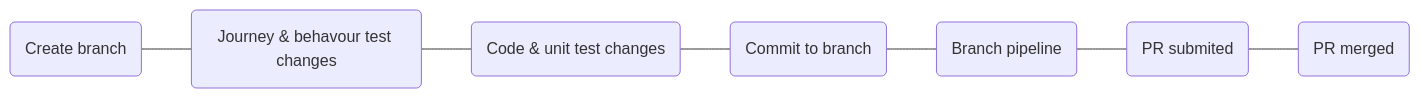
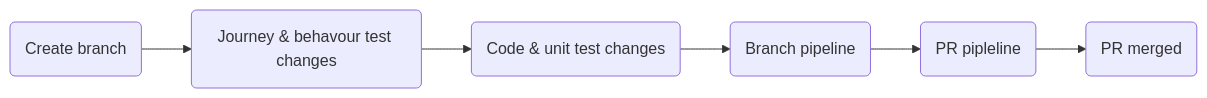
Before and after one commit to ContinuousEngineeringProject/ContinuousEngineeringProject.github.io: the third of 4 diagrams in docs/factory_pipelines.md, drawn with Mermaid. The commit also changed other lines of this file, not shown here.

Commit message:
docs(pipeline): update the diagrams

````diff
--- a/docs/factory_pipelines.md
+++ b/docs/factory_pipelines.md
@@ -35,12 +37,11 @@
 ```mermaid
 flowchart LR
   id1(Create branch)
   id2(Journey & behavour test changes)
   id3(Code & unit test changes)
-  id4(Commit to branch)
-  id5(Branch pipeline)
-  id6(PR submited)
-  id7(PR merged)
+  id4(Branch pipeline)
+  id5(PR pipleline)
+  id6(PR merged)
   
-  id1 --- id2 --- id3 --- id4 --- id5 --- id6 --- id7
+  id1 --> id2 --> id3 --> id4 --> id5 --> id6
 ```
````
